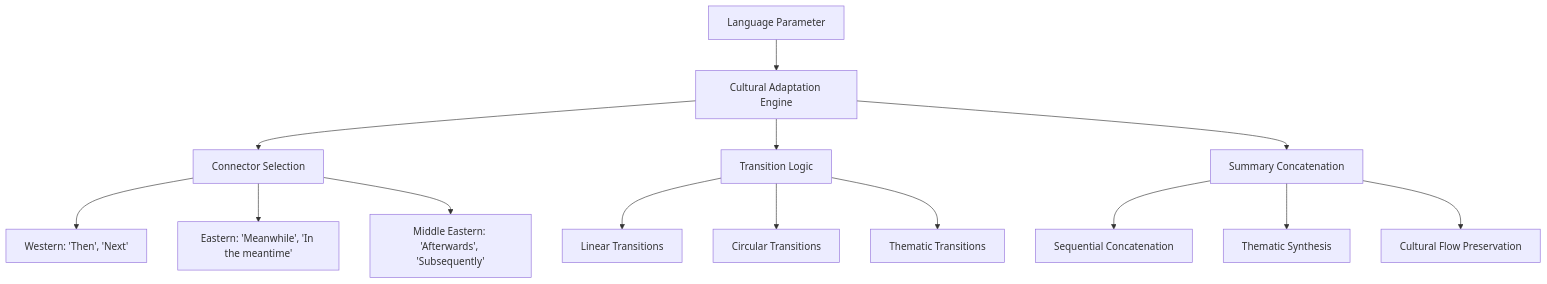
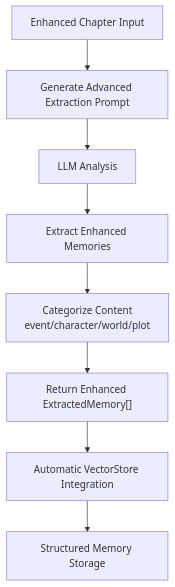
Before and after one commit to liwonder/NARRITIVE_OS: the third of 10 diagrams in .qoder/repowiki/en/content/Memory Management System/Memory Management System.md, drawn with Mermaid. The commit also changed other lines of this file and 10 other files, not shown here.

First line of the commit message:
Integrate World State Engine & auto memory extraction

````diff
--- a/.qoder/repowiki/en/content/Memory Management System/Memory Management System.md
+++ b/.qoder/repowiki/en/content/Memory Management System/Memory Management System.md
@@ -273,16 +275,10 @@
 ```mermaid
 flowchart TD
-A["Language Parameter"] --> B["Cultural Adaptation Engine"]
-B --> C["Connector Selection"]
-B --> D["Transition Logic"]
-B --> E["Summary Concatenation"]
-C --> F["Western: 'Then', 'Next'"]
-C --> G["Eastern: 'Meanwhile', 'In the meantime'"]
-C --> H["Middle Eastern: 'Afterwards', 'Subsequently'"]
-D --> I["Linear Transitions"]
-D --> J["Circular Transitions"]
-D --> K["Thematic Transitions"]
-E --> L["Sequential Concatenation"]
-E --> M["Thematic Synthesis"]
-E --> N["Cultural Flow Preservation"]
+A["Enhanced Chapter Input"] --> B["Generate Advanced Extraction Prompt"]
+B --> C["LLM Analysis"]
+C --> D["Extract Enhanced Memories"]
+D --> E["Categorize Content<br/>event/character/world/plot"]
+E --> F["Return Enhanced ExtractedMemory[]"]
+F --> G["Automatic VectorStore Integration"]
+G --> H["Structured Memory Storage"]
 ```
````
